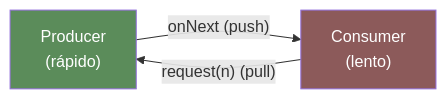
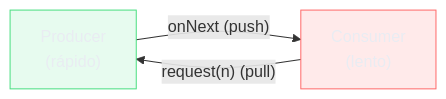
The sixth of 7 diagrams in 03-Dominios/Ciência/Paradigmas/12 - Programação reativa e dataflow.md (josenaldo/codex-technomanticus), drawn with Mermaid before and after one commit. The commit also changed other lines of this file and 1181 other files, not shown here.

First line of the commit message:
fix(diagramas): paleta do sistema no lugar de cor cravada no markdown

````diff
--- a/03-Dominios/Ciência/Paradigmas/12 - Programação reativa e dataflow.md
+++ b/03-Dominios/Ciência/Paradigmas/12 - Programação reativa e dataflow.md
@@ -209,7 +217,9 @@
 ```mermaid
 flowchart LR
+    classDef ok fill:#4ADE8021,stroke:#4ADE80,color:#E9ECF2
+    classDef falha fill:#FF6B6B24,stroke:#FF6B6B,color:#E9ECF2
     P["Producer<br/>(rápido)"] -- "onNext (push)" --> C["Consumer<br/>(lento)"]
     C -- "request(n) (pull)" --> P
-    style P fill:#5b8c5a,color:#fff
-    style C fill:#8c5a5a,color:#fff
+    class P ok
+    class C falha
 ```
````
